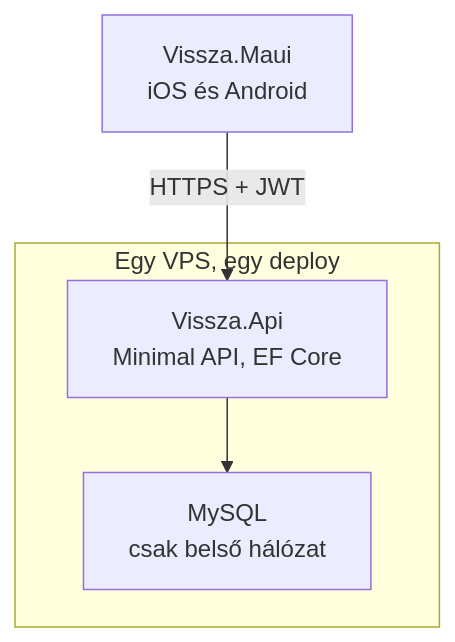
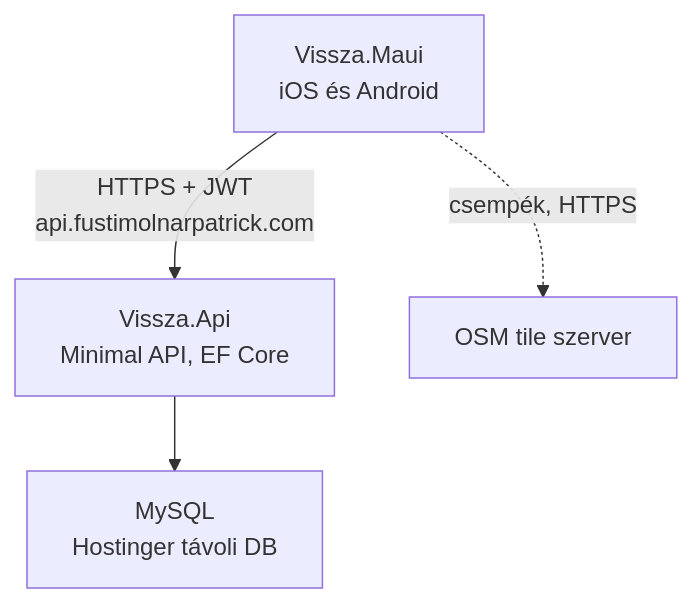
The first of 2 diagrams in MAUI_TERV.md (PatrickFustiMolnar/vissza_maui), drawn with Mermaid before and after one commit. The commit also changed other lines of this file, not shown here.

First line of the commit message:
Switch the map to Mapsui, and close the HTTPS question

````diff
--- a/MAUI_TERV.md
+++ b/MAUI_TERV.md
@@ -70,7 +91,6 @@
 ```mermaid
 flowchart TD
-    A["Vissza.Maui<br/>iOS és Android"] -->|HTTPS + JWT| B
-    subgraph VPS["Egy VPS, egy deploy"]
-        B["Vissza.Api<br/>Minimal API, EF Core"] --> C["MySQL<br/>csak belső hálózat"]
-    end
+    A["Vissza.Maui<br/>iOS és Android"] -->|"HTTPS + JWT<br/>api.fustimolnarpatrick.com"| B
+    A -.->|"csempék, HTTPS"| T["OSM tile szerver"]
+    B["Vissza.Api<br/>Minimal API, EF Core"] --> C["MySQL<br/>Hostinger távoli DB"]
 ```
````
